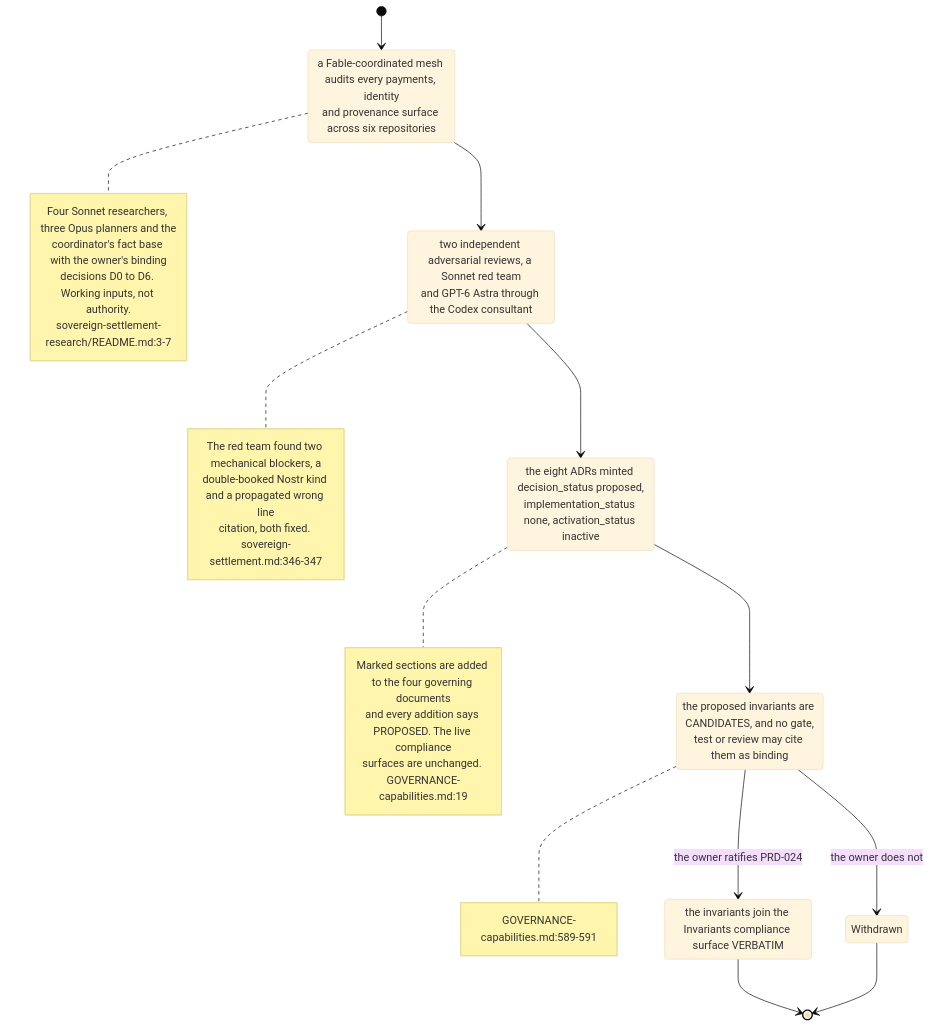
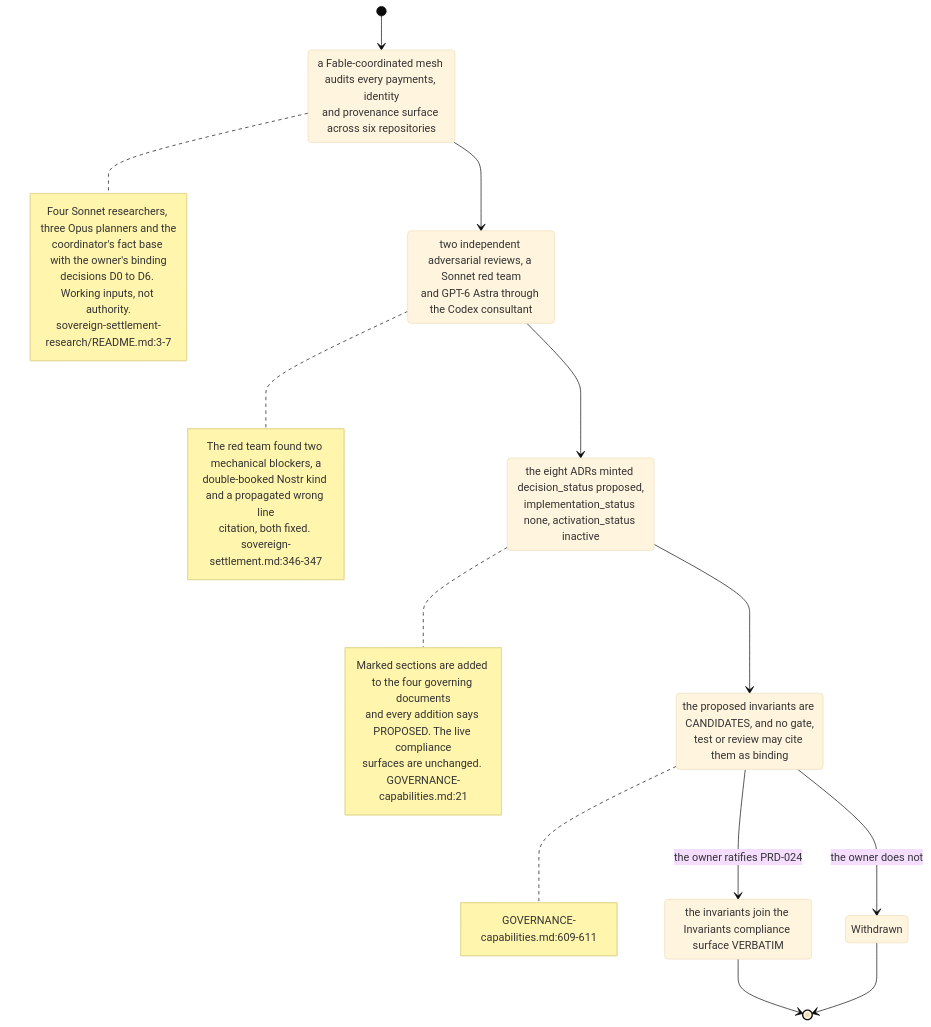
The second of 7 diagrams in docs/diagrams/agentbox/31-sovereign-settlement.md (DreamLab-AI/VisionFlow), drawn with Mermaid (base theme) before and after one commit. The commit also changed other lines of this file and 173 other files, not shown here.

````diff
--- a/docs/diagrams/agentbox/31-sovereign-settlement.md
+++ b/docs/diagrams/agentbox/31-sovereign-settlement.md
@@ -93,35 +94,35 @@
 ```mermaid
 stateDiagram-v2
     [*] --> Researched
     Researched: a Fable-coordinated mesh audits every payments, identity<br/>and provenance surface across six repositories
     note right of Researched
         Four Sonnet researchers, three Opus planners and the
         coordinator's fact base with the owner's binding
         decisions D0 to D6. Working inputs, not authority.
         sovereign-settlement-research/README.md:3-7
     end note
     Researched --> Reviewed
     Reviewed: two independent adversarial reviews, a Sonnet red team<br/>and GPT-6 Astra through the Codex consultant
     note right of Reviewed
         The red team found two mechanical blockers, a
         double-booked Nostr kind and a propagated wrong line
         citation, both fixed. sovereign-settlement.md:346-347
     end note
     Reviewed --> Proposed
     Proposed: the eight ADRs minted decision_status proposed,<br/>implementation_status none, activation_status inactive
     note right of Proposed
         Marked sections are added to the four governing documents
         and every addition says PROPOSED. The live compliance
-        surfaces are unchanged. GOVERNANCE-capabilities.md:19
+        surfaces are unchanged. GOVERNANCE-capabilities.md:21
     end note
     Proposed --> Candidate
     Candidate: the proposed invariants are CANDIDATES, and no gate,<br/>test or review may cite them as binding
     note right of Candidate
-        GOVERNANCE-capabilities.md:589-591
+        GOVERNANCE-capabilities.md:609-611
     end note
     Candidate --> Ratified : the owner ratifies PRD-024
     Candidate --> Withdrawn : the owner does not
     Ratified: the invariants join the Invariants compliance surface VERBATIM
     Ratified --> [*]
     Withdrawn --> [*]
 ```
````
